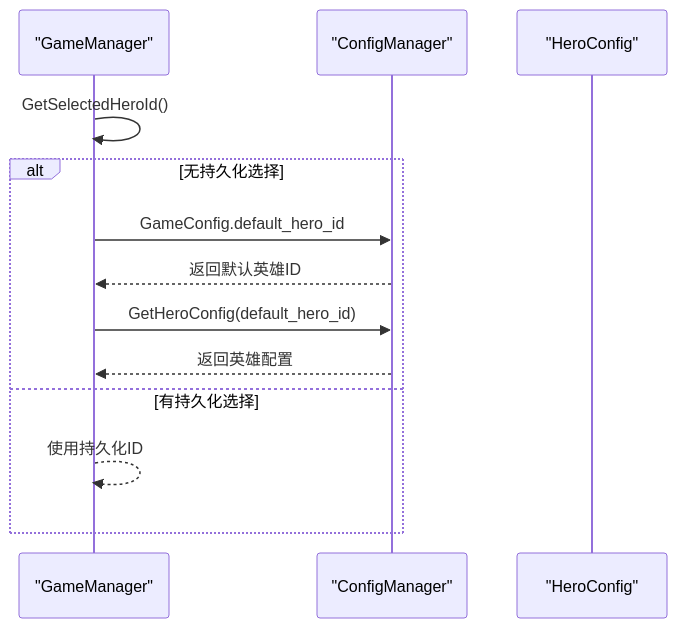
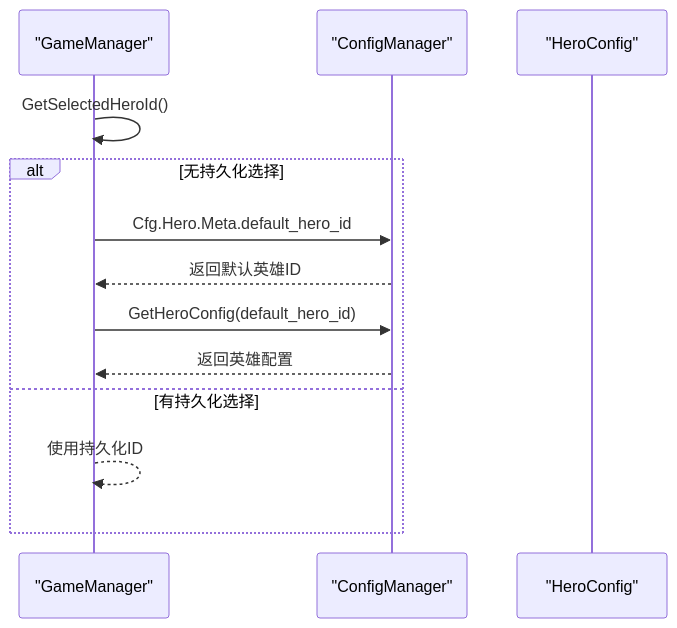
One commit to Tuusen/p1_client changed the fourth of 5 diagrams in .qoder/repowiki/zh/content/配置管理系统/配置文件类型/全局配置文件.md. Above: the diagram before and after it, drawn with Mermaid. The commit also changed other lines of this file and 85 other files, not shown here.

````diff
--- a/.qoder/repowiki/zh/content/配置管理系统/配置文件类型/全局配置文件.md
+++ b/.qoder/repowiki/zh/content/配置管理系统/配置文件类型/全局配置文件.md
@@ -207,15 +202,15 @@
 ```mermaid
 sequenceDiagram
 participant GM as "GameManager"
 participant CM as "ConfigManager"
 participant HC as "HeroConfig"
 GM->>GM : GetSelectedHeroId()
 alt 无持久化选择
-GM->>CM : GameConfig.default_hero_id
+GM->>CM : Cfg.Hero.Meta.default_hero_id
 CM-->>GM : 返回默认英雄ID
 GM->>CM : GetHeroConfig(default_hero_id)
 CM-->>GM : 返回英雄配置
 else 有持久化选择
 GM-->>GM : 使用持久化ID
 end
 ```
````
